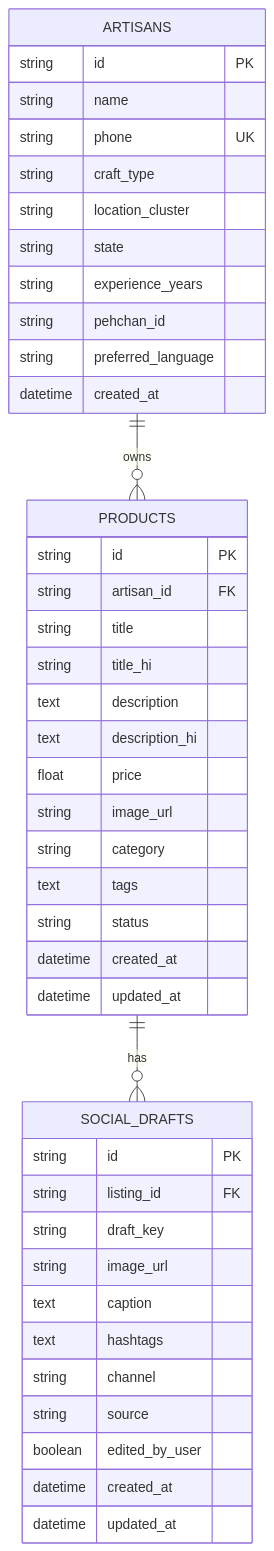
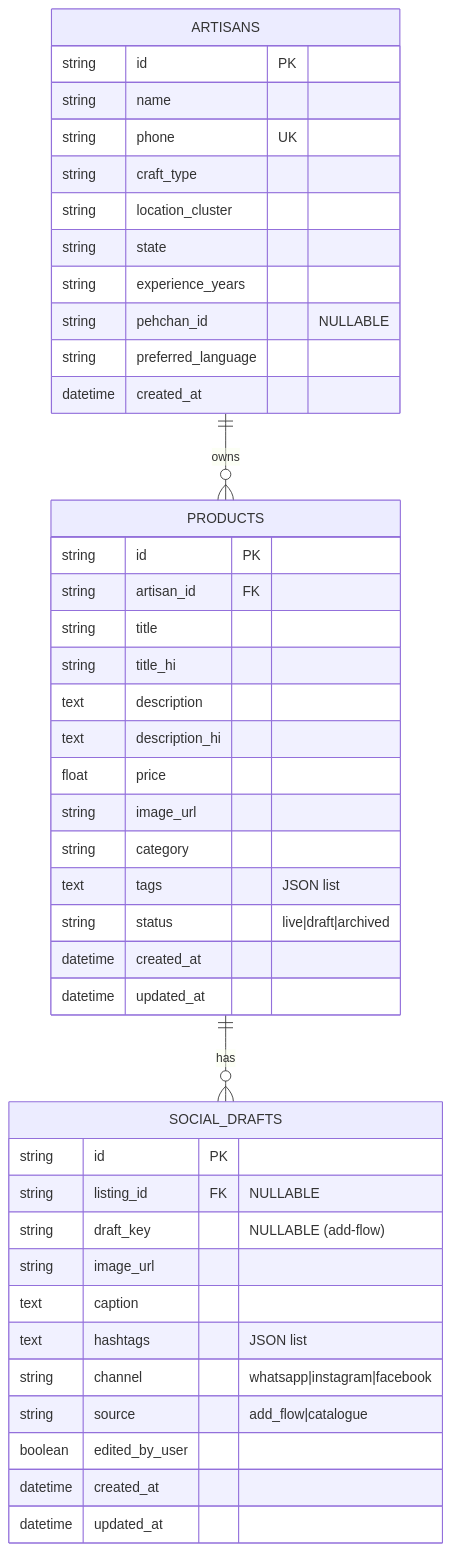
The eighth of 10 diagrams in docs/ARCHITECTURE.md (kan9667/kalasetu), drawn with Mermaid before and after one commit. The commit also changed other lines of this file and 1 other file, not shown here.

First line of the commit message:
docs: consolidate ARCHITECTURE.md as single source of truth

````diff
--- a/docs/ARCHITECTURE.md
+++ b/docs/ARCHITECTURE.md
@@ -488,48 +997,48 @@
 ```mermaid
 erDiagram
     ARTISANS ||--o{ PRODUCTS : owns
     PRODUCTS ||--o{ SOCIAL_DRAFTS : has
-    
+
     ARTISANS {
         string id PK
         string name
         string phone UK
         string craft_type
         string location_cluster
         string state
         string experience_years
-        string pehchan_id
+        string pehchan_id "NULLABLE"
         string preferred_language
         datetime created_at
     }
 
     PRODUCTS {
         string id PK
         string artisan_id FK
         string title
         string title_hi
         text description
         text description_hi
         float price
         string image_url
         string category
-        text tags
-        string status
+        text tags "JSON list"
+        string status "live|draft|archived"
         datetime created_at
         datetime updated_at
     }
 
     SOCIAL_DRAFTS {
         string id PK
-        string listing_id FK
-        string draft_key
+        string listing_id FK "NULLABLE"
+        string draft_key "NULLABLE (add-flow)"
         string image_url
         text caption
-        text hashtags
-        string channel
-        string source
+        text hashtags "JSON list"
+        string channel "whatsapp|instagram|facebook"
+        string source "add_flow|catalogue"
         boolean edited_by_user
         datetime created_at
         datetime updated_at
     }
 ```
````
